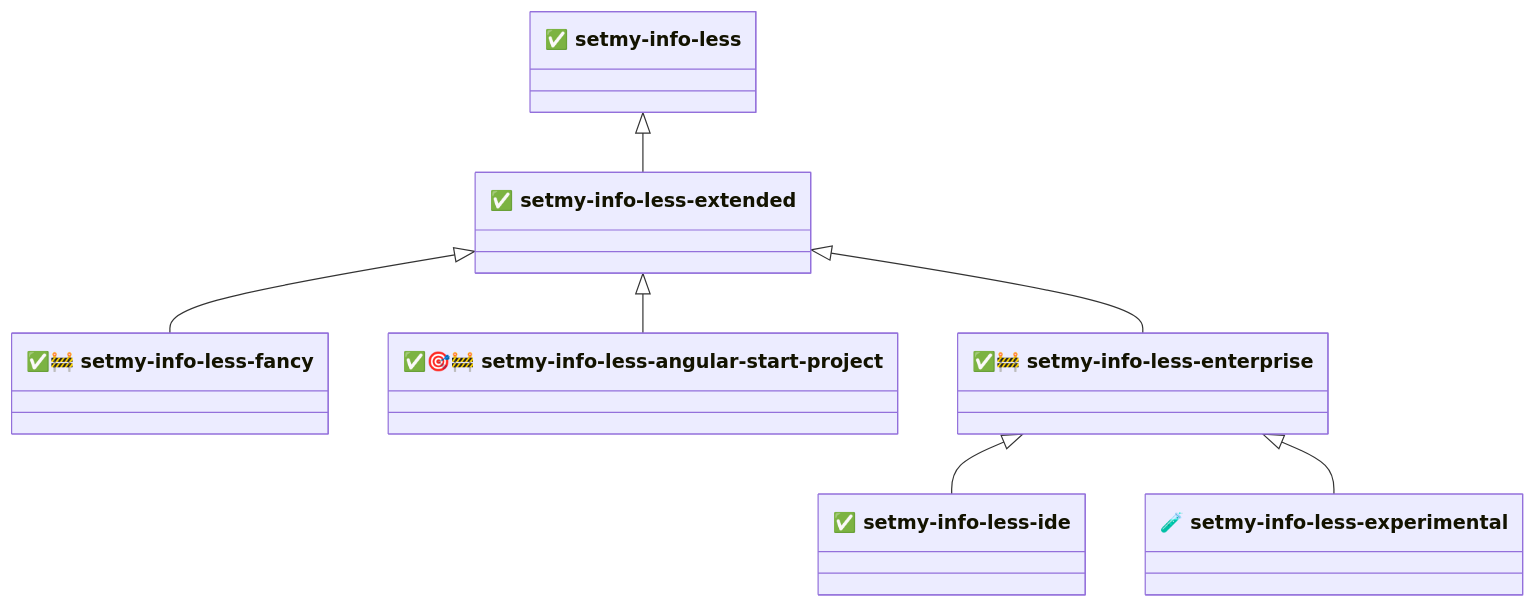
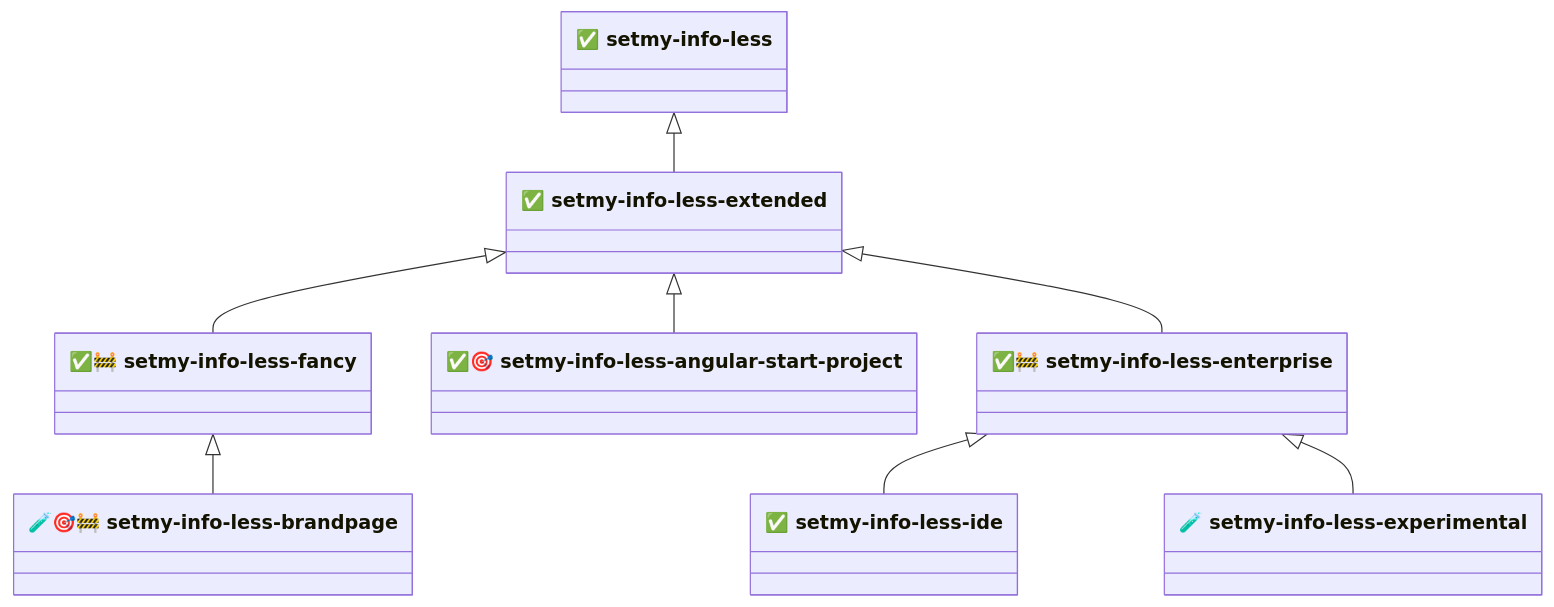
The diagram in README.md (setmy-info/setmy-info-less), drawn with Mermaid before and after one commit. The commit also changed other lines of this file and 105 other files, not shown here.

Commit message:
Angular application LESS copied

````diff
--- a/README.md
+++ b/README.md
@@ -60,18 +60,20 @@
 ```mermaid
 classDiagram
     direction TB
     class base["✅ setmy-info-less"]
     class extended["✅ setmy-info-less-extended"]
     class fancy["✅🚧 setmy-info-less-fancy"]
-    class angular["✅🎯🚧 setmy-info-less-angular-start-project"]
+    class brandpage["🧪🎯🚧 setmy-info-less-brandpage"]
+    class angular["✅🎯 setmy-info-less-angular-start-project"]
     class enterprise["✅🚧 setmy-info-less-enterprise"]
     class ide["✅ setmy-info-less-ide"]
     class experimental["🧪 setmy-info-less-experimental"]
 
     base <|-- extended
     extended <|-- fancy
+    fancy <|-- brandpage
     extended <|-- angular
     extended <|-- enterprise
     enterprise <|-- ide
     enterprise <|-- experimental
 ```
````
